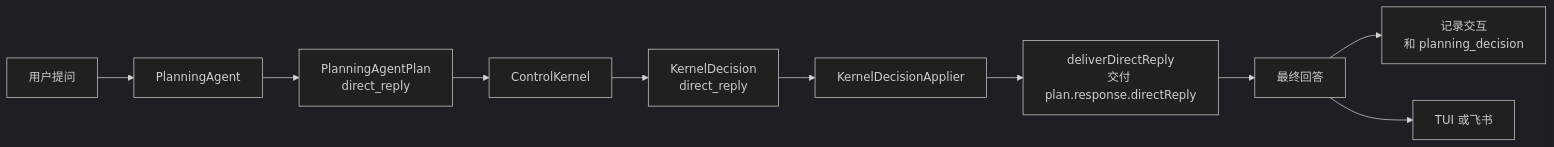
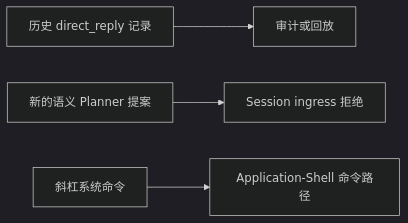
One commit to IFOSR/metawork changed the second of 4 diagrams in docs/current/technical-overview.zh-CN.md. Above: the diagram before and after it, drawn with Mermaid (dark theme). The commit also changed other lines of this file and 127 other files, not shown here.

````diff
--- a/docs/current/technical-overview.zh-CN.md
+++ b/docs/current/technical-overview.zh-CN.md
@@ -183,12 +186,6 @@
 ```mermaid
 flowchart LR
-  Input[用户提问] --> Planning[PlanningAgent]
-  Planning --> Plan[PlanningAgentPlan<br/>direct_reply]
-  Plan --> Kernel[ControlKernel]
-  Kernel --> Decision[KernelDecision<br/>direct_reply]
-  Decision --> Runtime[KernelDecisionApplier]
-  Runtime --> Deliver[deliverDirectReply<br/>交付 plan.response.directReply]
-  Deliver --> Answer[最终回答]
-  Answer --> Persist[记录交互<br/>和 planning_decision]
-  Answer --> UI[TUI 或飞书]
+  Historical[历史 direct_reply 记录] --> Replay[审计或回放]
+  Current[新的语义 Planner 提案] --> Reject[Session ingress 拒绝]
+  Slash[斜杠系统命令] --> Shell[Application-Shell 命令路径]
 ```
````
